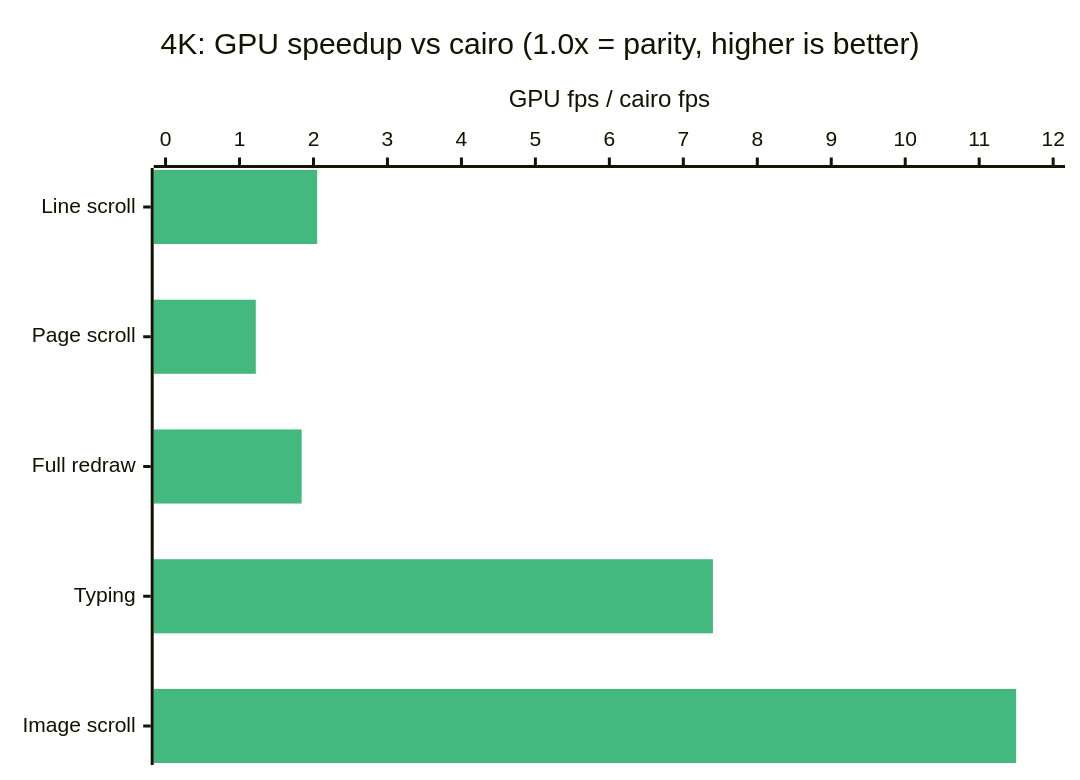
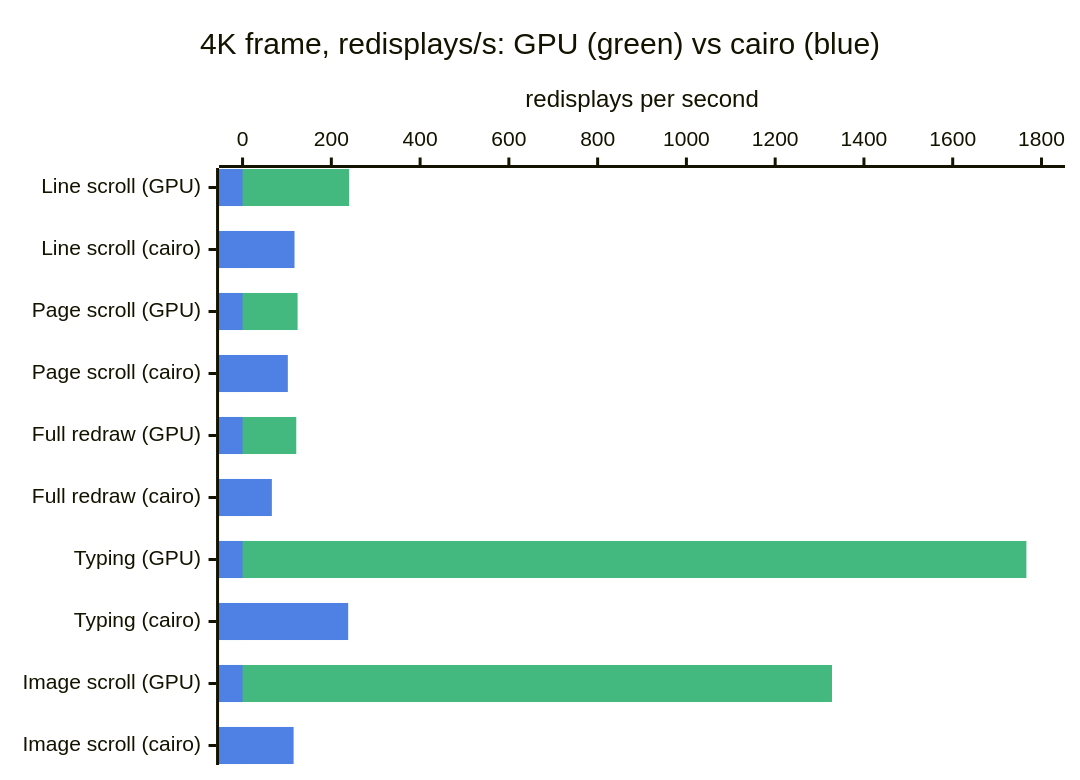
One commit to bobrowadam/emacs changed the second of 3 diagrams in README.md. Above: the diagram before and after it, drawn with Mermaid. The commit also changed other lines of this file, not shown here.

Commit message:
README: paired GPU-vs-cairo fps bars per workload
Plot absolute redisplays/s as two colored bars per workload (GPU green,
cairo blue) so the per-feature contrast between the two backends is
visible at a glance. The macOS chart stays on CPU seconds.

````diff
--- a/README.md
+++ b/README.md
@@ -301,13 +302,14 @@
 ```mermaid
 ---
 config:
   themeVariables:
     xyChart:
-      plotColorPalette: "#43b97f"
+      plotColorPalette: "#43b97f, #4f81e5"
 ---
 xychart-beta horizontal
-    title "4K: GPU speedup vs cairo (1.0x = parity, higher is better)"
-    x-axis ["Line scroll", "Page scroll", "Full redraw", "Typing", "Image scroll"]
-    y-axis "GPU fps / cairo fps" 0 --> 12
-    bar [2.05, 1.22, 1.84, 7.4, 11.5]
+    title "4K frame, redisplays/s: GPU (green) vs cairo (blue)"
+    x-axis ["Line scroll (GPU)", "Line scroll (cairo)", "Page scroll (GPU)", "Page scroll (cairo)", "Full redraw (GPU)", "Full redraw (cairo)", "Typing (GPU)", "Typing (cairo)", "Image scroll (GPU)", "Image scroll (cairo)"]
+    y-axis "redisplays per second" 0 --> 1800
+    bar [240, 0, 124, 0, 121, 0, 1766, 0, 1328, 0]
+    bar [0, 117, 0, 102, 0, 66, 0, 238, 0, 115]
 ```
````
